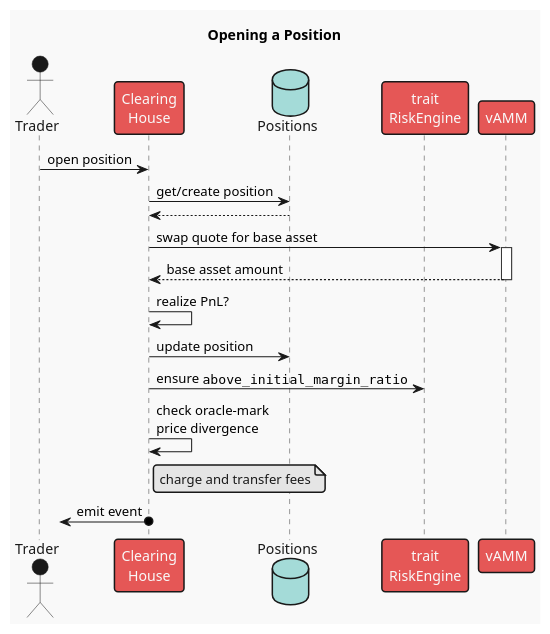
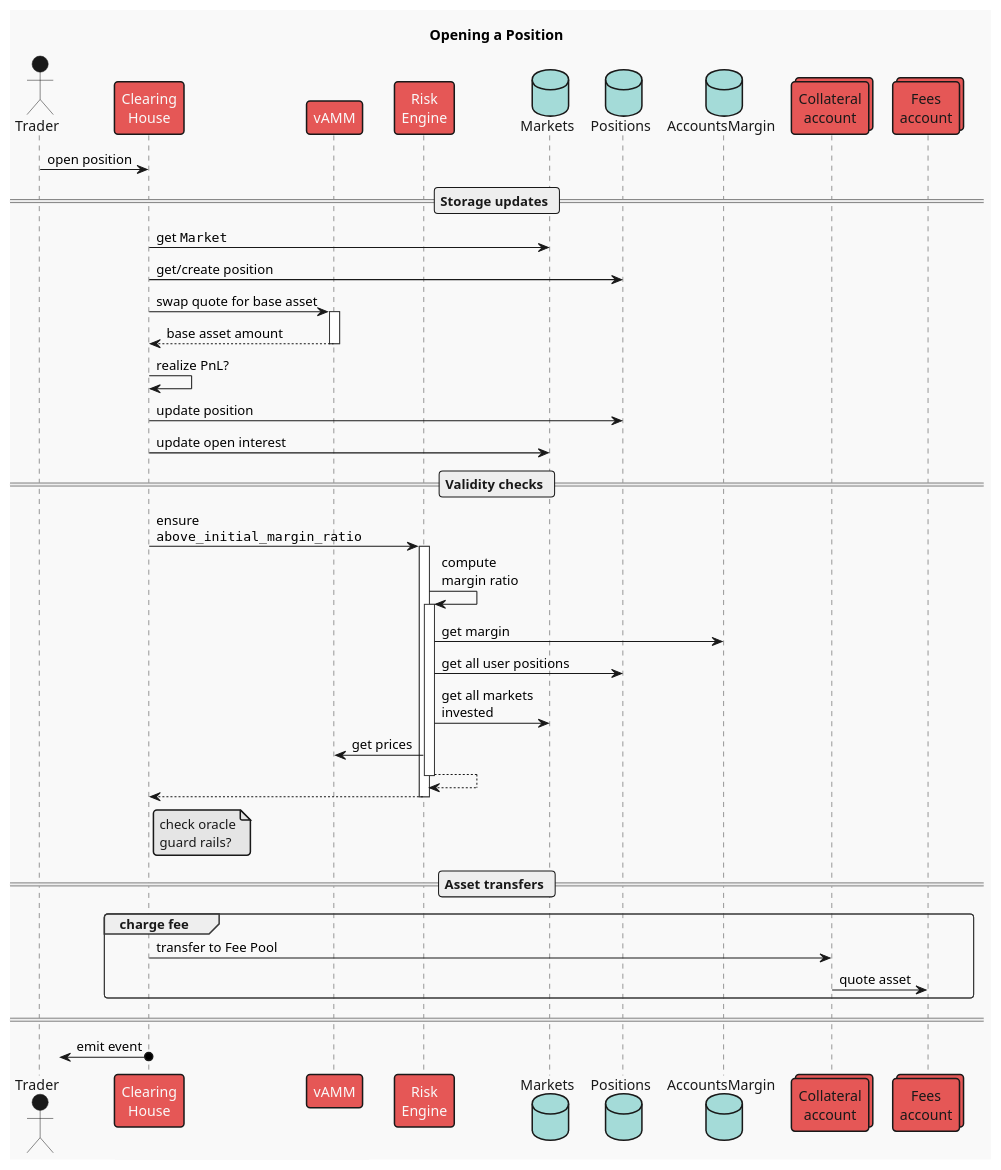
Before and after one commit to ComposableFi/composable: the diagram in frame/clearing-house/diagrams/open-position.plantuml, drawn with PlantUML. The commit also changed 5 other files, not shown here.

First line of the commit message:
docs(CH): overhaul sequence diagrams

```diff
--- a/frame/clearing-house/diagrams/open-position.plantuml
+++ b/frame/clearing-house/diagrams/open-position.plantuml
@@ -1,35 +1,58 @@
 @startuml open_position
 !theme mars
 skinparam responseMessageBelowArrow true
 
 title Opening a Position
 
-actor Trader
-participant "Clearing\nHouse" as CH
-database "Positions" as Storage
-participant "trait\nRiskEngine" as RE
-participant vAMM
+actor "Trader" as user
+participant "Clearing\nHouse" as ch
+participant "vAMM" as vamm
+participant "Risk\nEngine" as risk
+database "Markets" as mkts
+database "Positions" as positions
+database "AccountsMargin" as accs
+collections "Collateral\naccount" as vault
+collections "Fees\naccount" as fees
 
-Trader -> CH : open position
+user -> ch : open position
 
-CH -> Storage : get/create position
-return
+== Storage updates ==
+
+ch -> mkts : get ""Market""
+ch -> positions : get/create position
 'note right CH: compute quote asset\nnotional amount
 
-CH -> vAMM ++ : swap quote for base asset
+ch -> vamm ++ : swap quote for base asset
 return base asset amount
 
-CH -> CH : realize PnL?
+ch -> ch : realize PnL?
 
-CH -> Storage : update position
+ch -> positions : update position
+ch -> mkts : update open interest
+
+== Validity checks ==
 
 'RiskEngine
-CH -> RE : ensure ""above_initial_margin_ratio""
-'note right CH : ensure margin ratio\nabove MMR
+ch -> risk ++: ensure\n""above_initial_margin_ratio""
+    risk -> risk ++: compute\nmargin ratio
+        risk -> accs : get margin
+        risk -> positions : get all user positions
+        risk -> mkts : get all markets\ninvested
+        risk -> vamm : get prices
+    return
+return
+'note right ch : ensure margin ratio\nabove MMR
 
-CH -> CH: check oracle-mark\nprice divergence
+note right ch : check oracle\nguard rails?
 
-note right CH: charge and transfer fees
+== Asset transfers ==
 
-?<-o CH : emit event
+group charge fee
+ch -> vault : transfer to Fee Pool
+vault -> fees : quote asset
+end
+
+====
+
+?<-o ch : emit event
 @enduml
```
